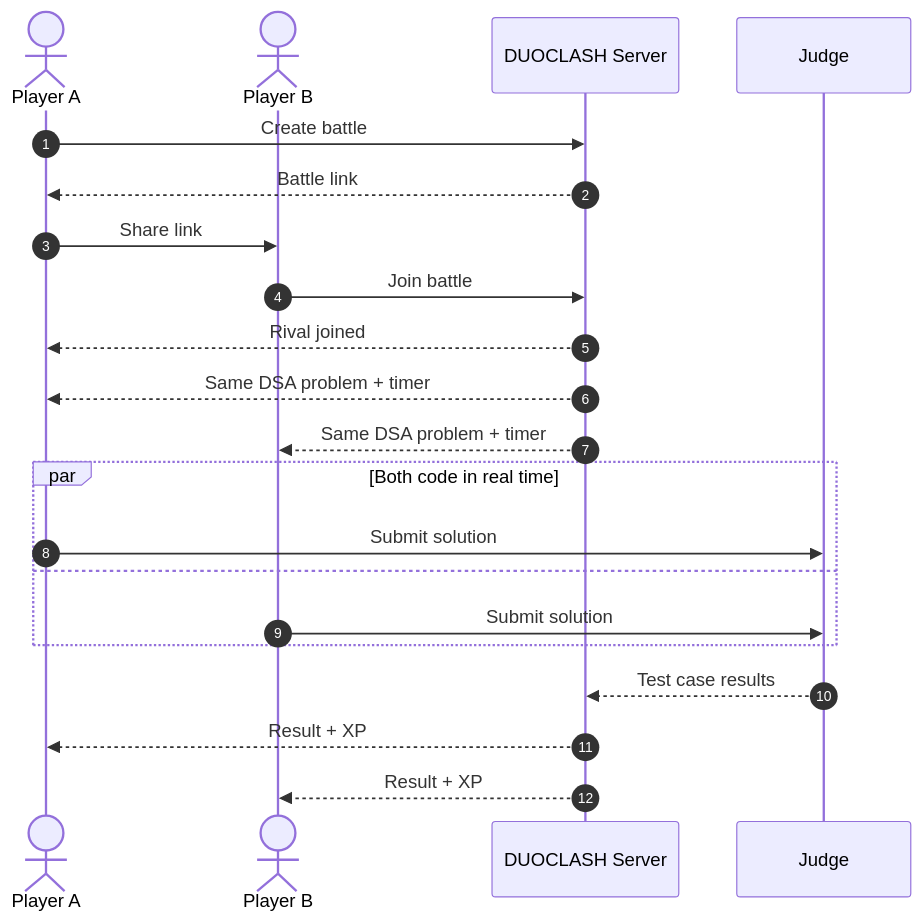
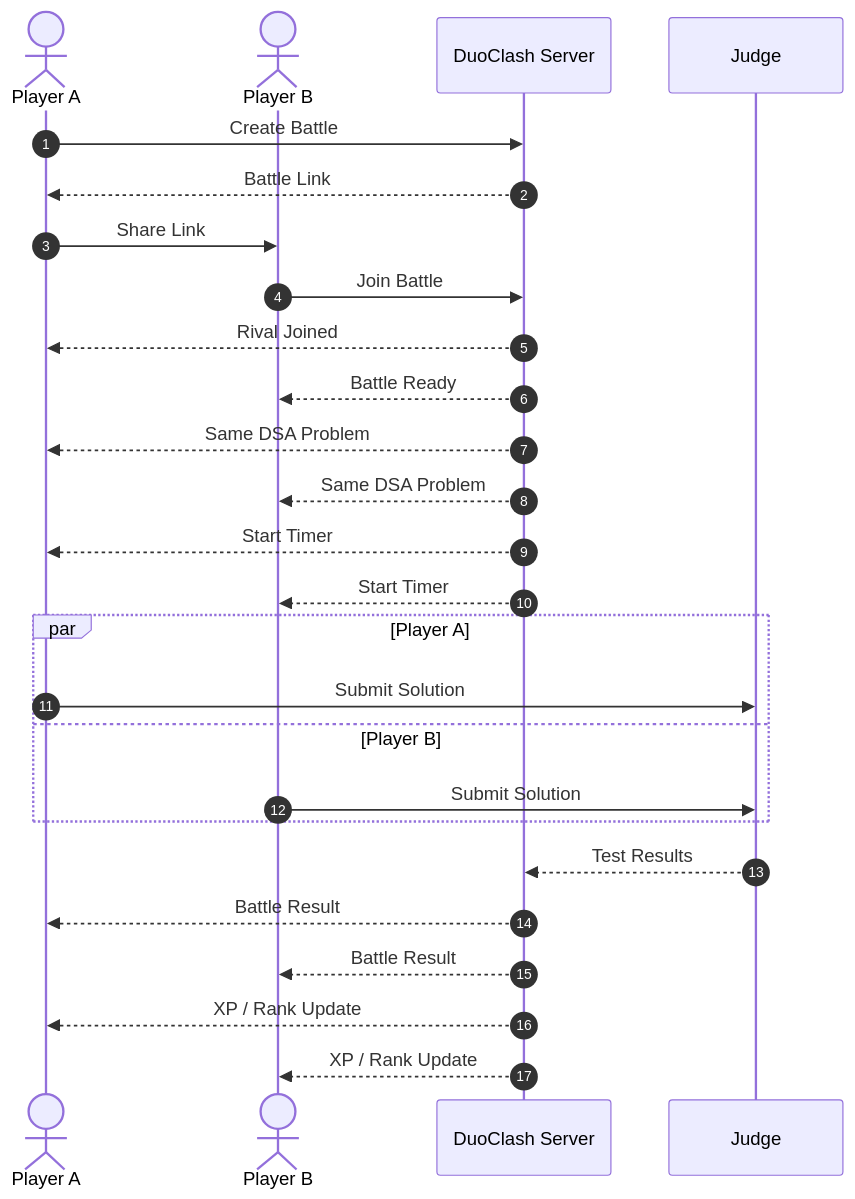
One commit to Ruchitra-Jasmatiya/DuoClash changed the third of 4 diagrams in README.md. Above: the diagram before and after it, drawn with Mermaid. The commit also changed other lines of this file, not shown here.

````diff
--- a/README.md
+++ b/README.md
@@ -129,24 +224,41 @@
 ```mermaid
 sequenceDiagram
-    autonumber
-    actor A as Player A
-    actor B as Player B
-    participant S as DUOCLASH Server
-    participant J as Judge
 
-    A->>S: Create battle
-    S-->>A: Battle link
-    A->>B: Share link
-    B->>S: Join battle
-    S-->>A: Rival joined
-    S-->>A: Same DSA problem + timer
-    S-->>B: Same DSA problem + timer
-    par Both code in real time
-        A->>J: Submit solution
-    and
-        B->>J: Submit solution
-    end
-    J-->>S: Test case results
-    S-->>A: Result + XP
-    S-->>B: Result + XP
+autonumber
+
+actor A as Player A
+actor B as Player B
+
+participant S as DuoClash Server
+participant J as Judge
+
+A->>S: Create Battle
+S-->>A: Battle Link
+
+A->>B: Share Link
+
+B->>S: Join Battle
+
+S-->>A: Rival Joined
+S-->>B: Battle Ready
+
+S-->>A: Same DSA Problem
+S-->>B: Same DSA Problem
+
+S-->>A: Start Timer
+S-->>B: Start Timer
+
+par Player A
+    A->>J: Submit Solution
+and Player B
+    B->>J: Submit Solution
+end
+
+J-->>S: Test Results
+
+S-->>A: Battle Result
+S-->>B: Battle Result
+
+S-->>A: XP / Rank Update
+S-->>B: XP / Rank Update
 ```
````
